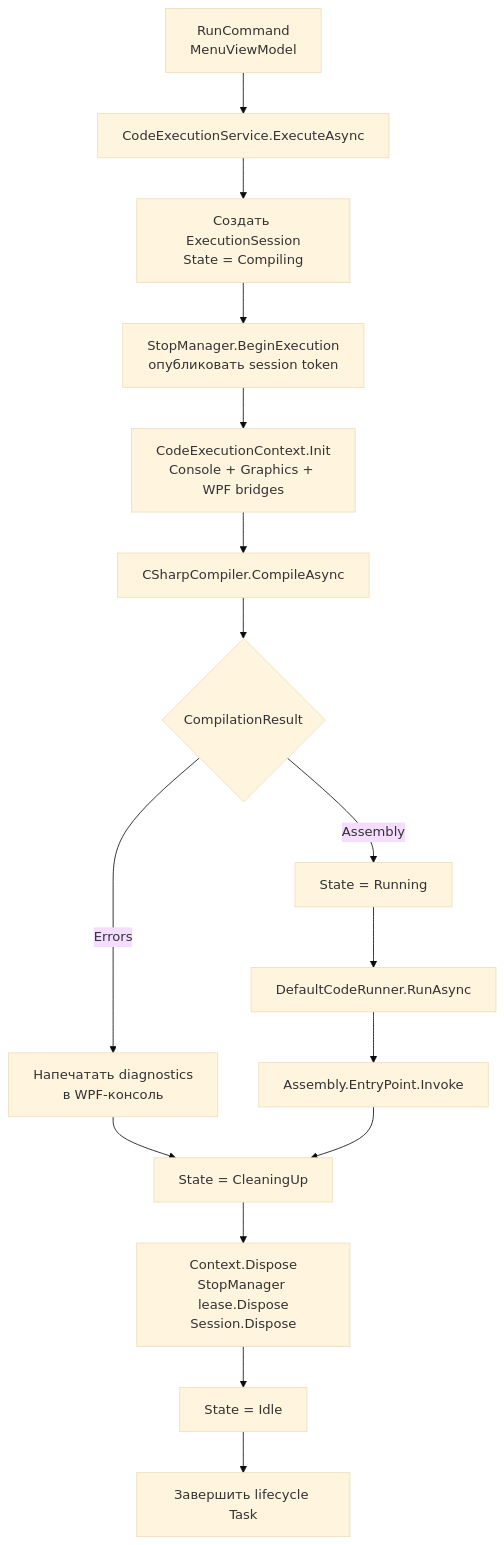
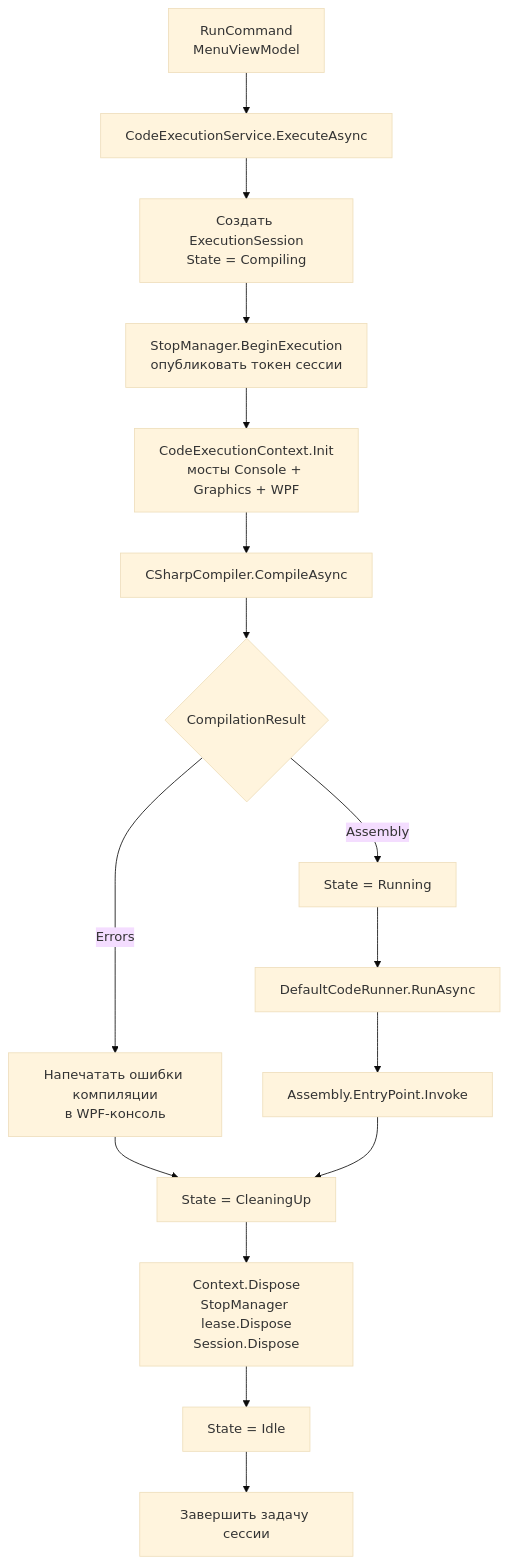
Before and after one commit to SergeyCherevan/KID: the first of 3 diagrams in .codex/audits/CURRENT_COMPILATION_ARCHITECTURE_2026-08-11.md, drawn with Mermaid (base theme). The commit also changed other lines of this file and 7 other files, not shown here.

````diff
--- a/.codex/audits/CURRENT_COMPILATION_ARCHITECTURE_2026-08-11.md
+++ b/.codex/audits/CURRENT_COMPILATION_ARCHITECTURE_2026-08-11.md
@@ -7,20 +10,20 @@
 ```mermaid
 flowchart TD
     UI["RunCommand<br/>MenuViewModel"] --> SVC["CodeExecutionService.ExecuteAsync"]
     SVC --> SESSION["Создать ExecutionSession<br/>State = Compiling"]
-    SESSION --> TOKEN["StopManager.BeginExecution<br/>опубликовать session token"]
-    TOKEN --> CTX["CodeExecutionContext.Init<br/>Console + Graphics + WPF bridges"]
+    SESSION --> TOKEN["StopManager.BeginExecution<br/>опубликовать токен сессии"]
+    TOKEN --> CTX["CodeExecutionContext.Init<br/>мосты Console + Graphics + WPF"]
     CTX --> COMP["CSharpCompiler.CompileAsync"]
     COMP --> RESULT{"CompilationResult"}
 
-    RESULT -->|Errors| PRINT["Напечатать diagnostics<br/>в WPF-консоль"]
+    RESULT -->|Errors| PRINT["Напечатать ошибки компиляции<br/>в WPF-консоль"]
     RESULT -->|Assembly| RUNNING["State = Running"]
     RUNNING --> RUNNER["DefaultCodeRunner.RunAsync"]
     RUNNER --> INVOKE["Assembly.EntryPoint.Invoke"]
 
     PRINT --> CLEAN["State = CleaningUp"]
     INVOKE --> CLEAN
     CLEAN --> DISPOSE["Context.Dispose<br/>StopManager lease.Dispose<br/>Session.Dispose"]
     DISPOSE --> IDLE["State = Idle"]
-    IDLE --> DONE["Завершить lifecycle Task"]
+    IDLE --> DONE["Завершить задачу сессии"]
 ```
````
